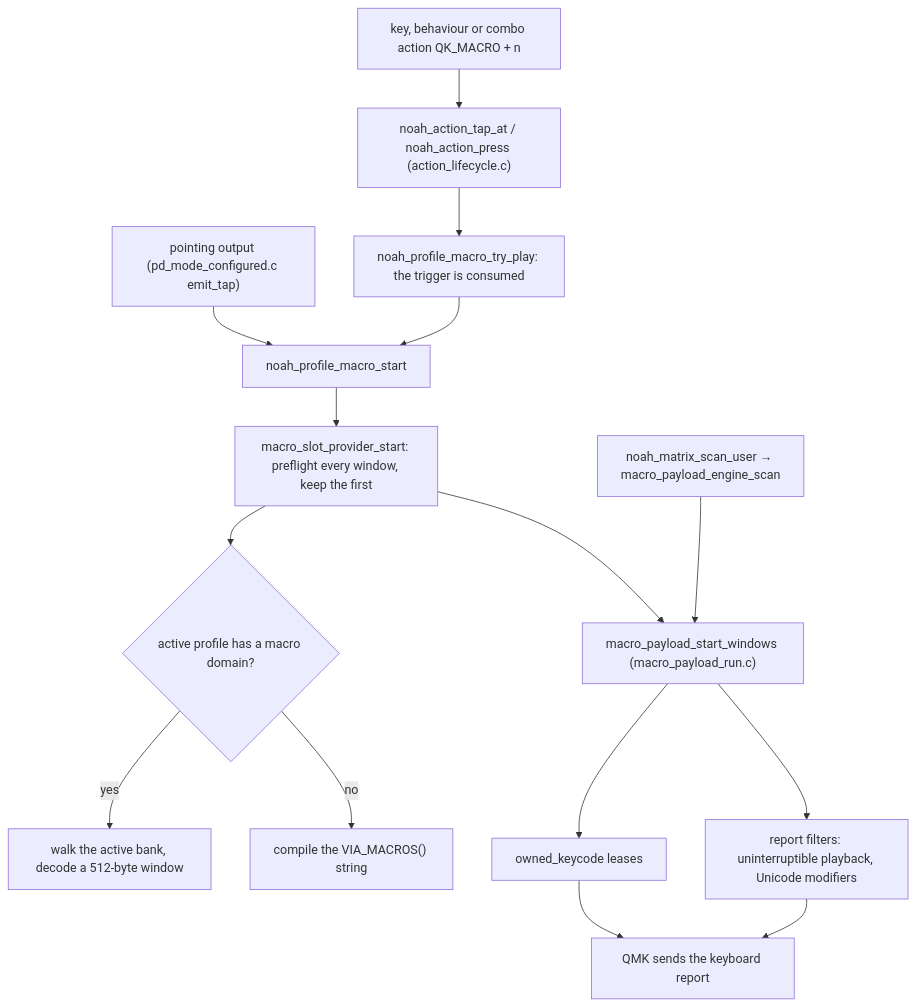
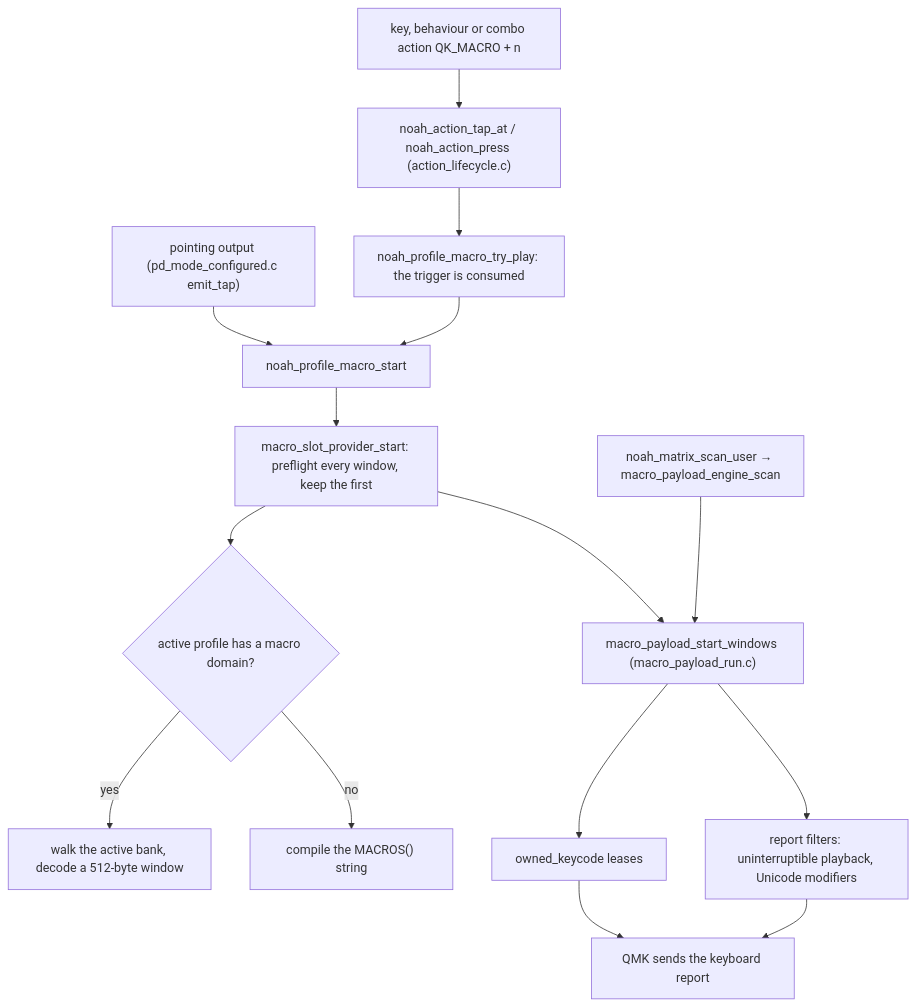
Before and after one commit to NoahCLR/charybdis-4x6: the diagram in docs/architecture/macro-playback.md, drawn with Mermaid. The commit also changed other lines of this file and 41 other files, not shown here.

````diff
--- a/docs/architecture/macro-playback.md
+++ b/docs/architecture/macro-playback.md
@@ -18,17 +18,17 @@
 ```mermaid
 flowchart TD
     key["key, behaviour or combo action QK_MACRO + n"] --> lifecycle["noah_action_tap_at / noah_action_press (action_lifecycle.c)"]
     lifecycle --> try["noah_profile_macro_try_play: the trigger is consumed"]
     pointing["pointing output (pd_mode_configured.c emit_tap)"] --> start["noah_profile_macro_start"]
     try --> start
     start --> provider["macro_slot_provider_start: preflight every window, keep the first"]
     provider --> source{"active profile has a macro domain?"}
     source -->|yes| bank["walk the active bank, decode a 512-byte window"]
-    source -->|no| authored["compile the VIA_MACROS() string"]
+    source -->|no| authored["compile the MACROS() string"]
     provider --> engine["macro_payload_start_windows (macro_payload_run.c)"]
     scan["noah_matrix_scan_user → macro_payload_engine_scan"] --> engine
     engine --> leases["owned_keycode leases"]
     engine --> filter["report filters: uninterruptible playback, Unicode modifiers"]
     leases --> report["QMK sends the keyboard report"]
     filter --> report
 ```
````
